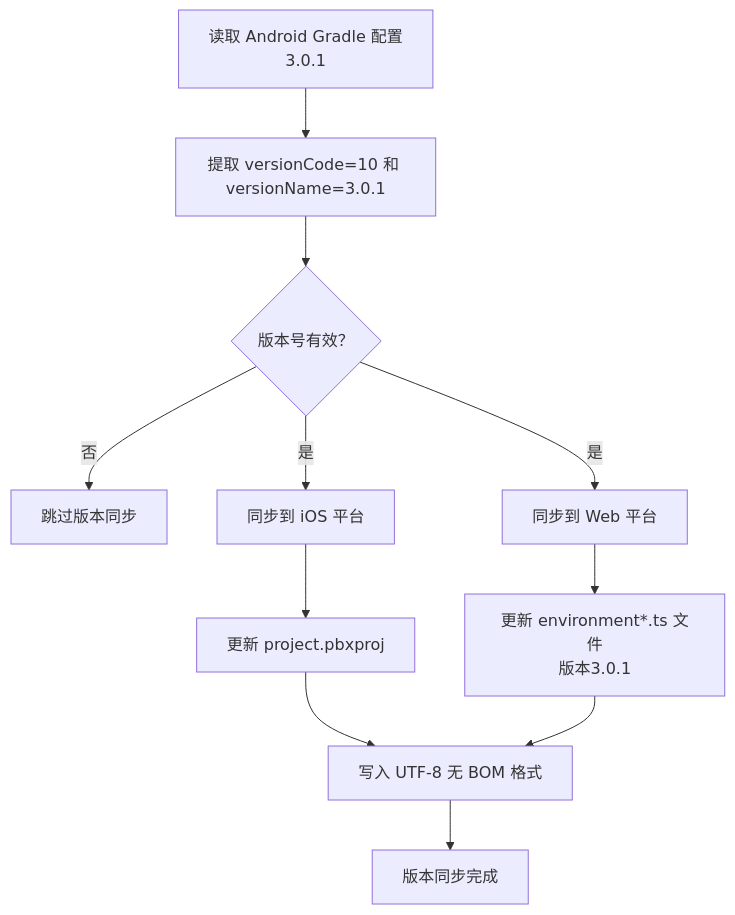
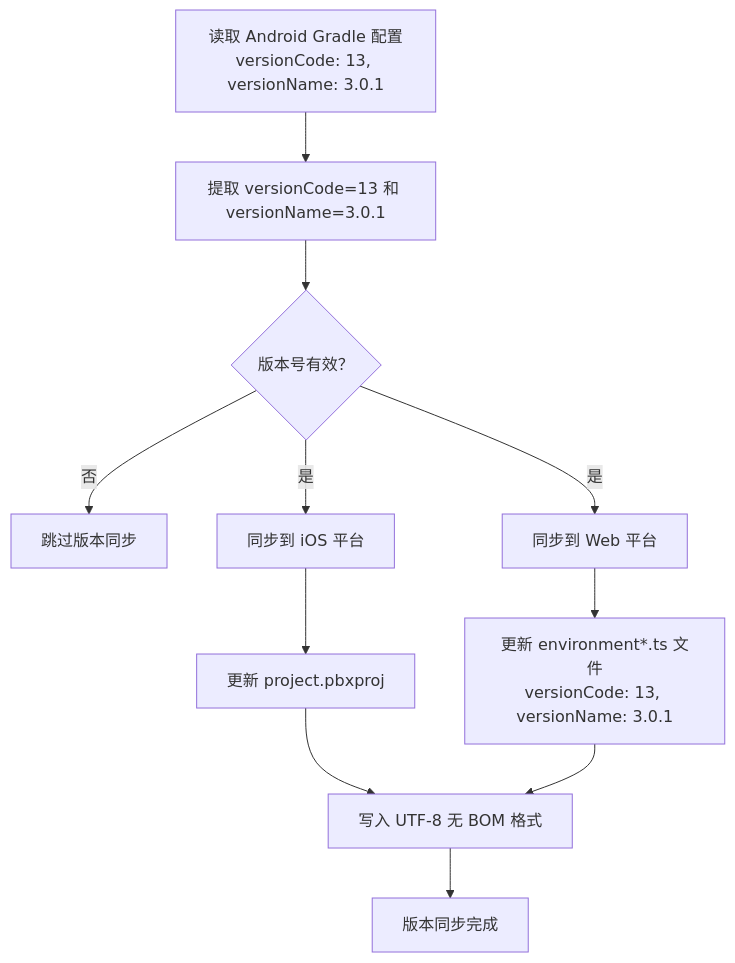
The fourth of 6 diagrams in .qoder/repowiki/zh/content/构建与部署/构建配置.md (tea4go/Macro-Deck-Client-App), drawn with Mermaid before and after one commit. The commit also changed other lines of this file and 57 other files, not shown here.

````diff
--- a/.qoder/repowiki/zh/content/构建与部署/构建配置.md
+++ b/.qoder/repowiki/zh/content/构建与部署/构建配置.md
@@ -723,13 +722,13 @@
 ```mermaid
 flowchart TD
-A["读取 Android Gradle 配置<br/>3.0.1"] --> B["提取 versionCode=10 和 versionName=3.0.1"]
+A["读取 Android Gradle 配置<br/>versionCode: 13, versionName: 3.0.1"] --> B["提取 versionCode=13 和 versionName=3.0.1"]
 B --> C{"版本号有效？"}
 C --> |否| D["跳过版本同步"]
 C --> |是| E["同步到 iOS 平台"]
 C --> |是| F["同步到 Web 平台"]
 E --> G["更新 project.pbxproj"]
-F --> H["更新 environment*.ts 文件<br/>版本3.0.1"]
+F --> H["更新 environment*.ts 文件<br/>versionCode: 13, versionName: 3.0.1"]
 G --> I["写入 UTF-8 无 BOM 格式"]
 H --> I
 I --> J["版本同步完成"]
 ```
````
